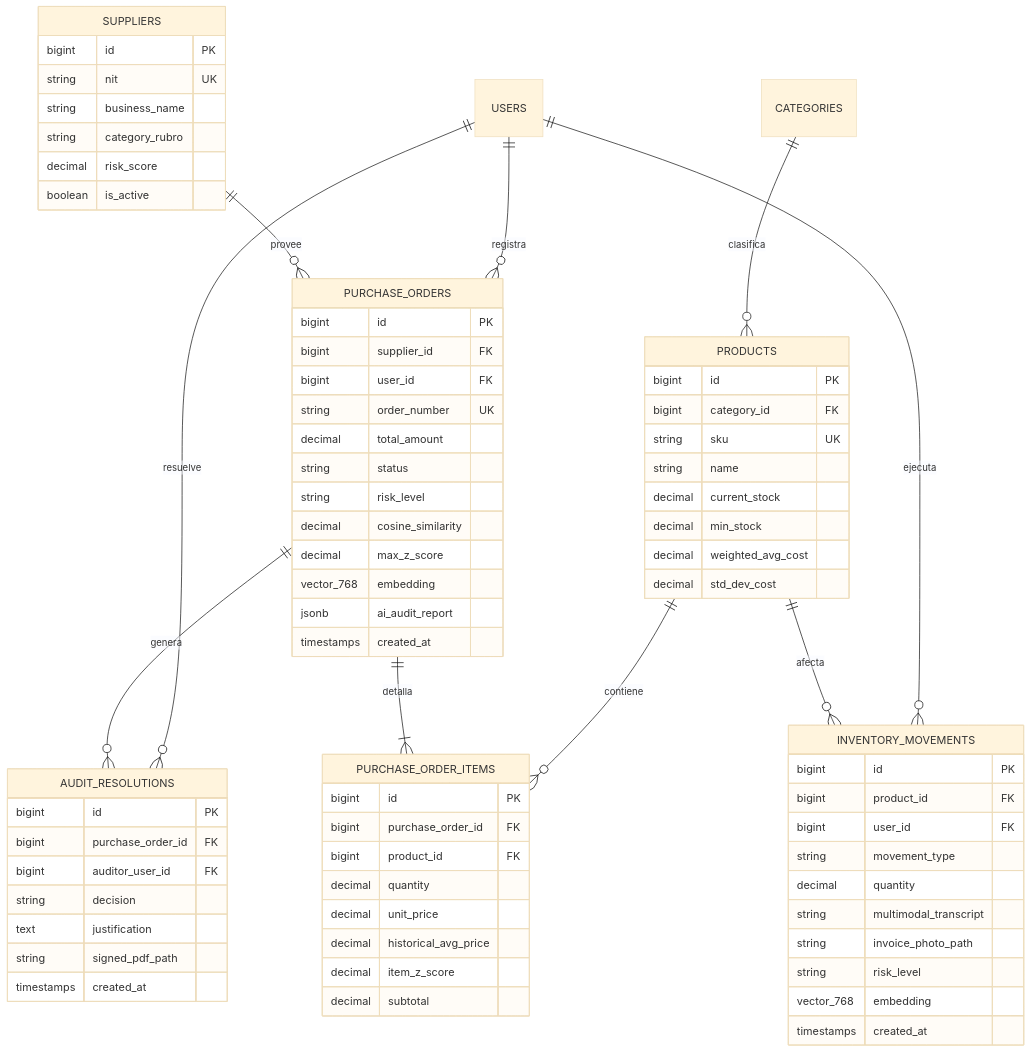
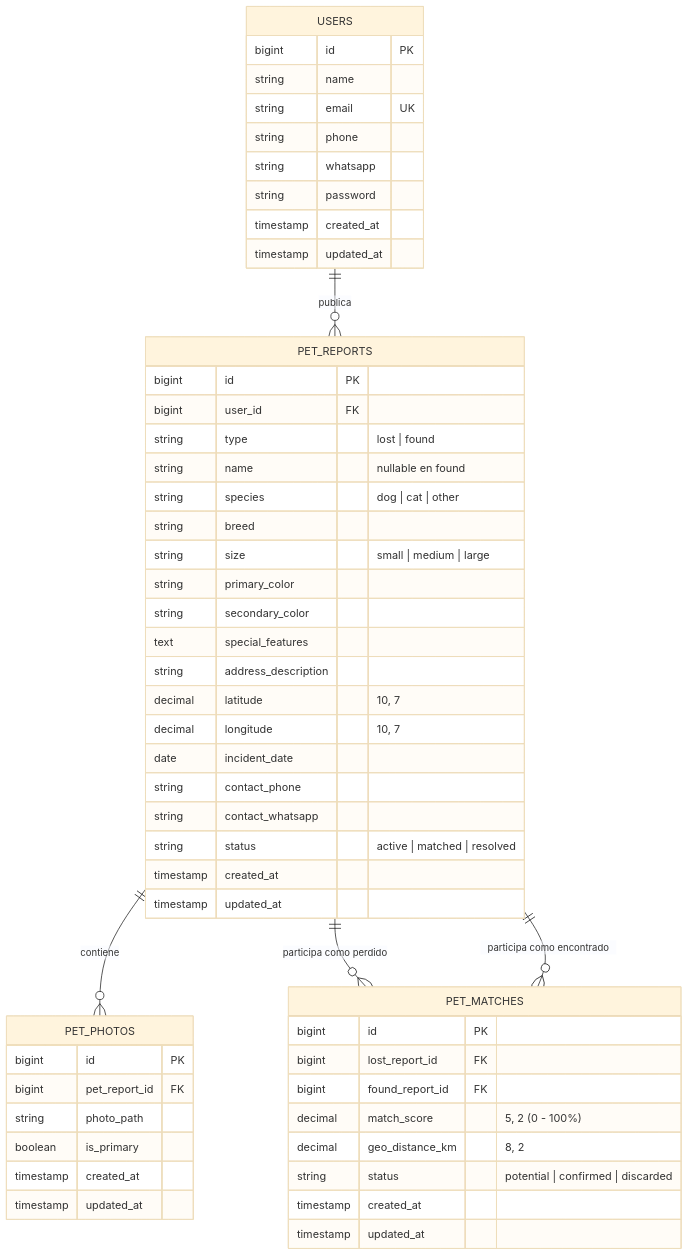
One commit to NattCrespoC/8vo changed the third of 3 diagrams in docs/02_ingenieria_de_software_y_casos_de_uso.md. Above: the diagram before and after it, drawn with Mermaid (base theme). The commit also changed other lines of this file and 53 other files, not shown here.

````diff
--- a/docs/02_ingenieria_de_software_y_casos_de_uso.md
+++ b/docs/02_ingenieria_de_software_y_casos_de_uso.md
@@ -120,81 +117,60 @@
 ```mermaid
 erDiagram
-    USERS ||--o{ PURCHASE_ORDERS : registra
-    USERS ||--o{ INVENTORY_MOVEMENTS : ejecuta
-    USERS ||--o{ AUDIT_RESOLUTIONS : resuelve
-    SUPPLIERS ||--o{ PURCHASE_ORDERS : provee
-    CATEGORIES ||--o{ PRODUCTS : clasifica
-    PRODUCTS ||--o{ PURCHASE_ORDER_ITEMS : contiene
-    PRODUCTS ||--o{ INVENTORY_MOVEMENTS : afecta
-    PURCHASE_ORDERS ||--|{ PURCHASE_ORDER_ITEMS : detalla
-    PURCHASE_ORDERS ||--o{ AUDIT_RESOLUTIONS : genera
+    USERS ||--o{ PET_REPORTS : "publica"
+    PET_REPORTS ||--o{ PET_PHOTOS : "contiene"
+    PET_REPORTS ||--o{ PET_MATCHES : "participa como perdido"
+    PET_REPORTS ||--o{ PET_MATCHES : "participa como encontrado"
 
-    SUPPLIERS {
+    USERS {
         bigint id PK
-        string nit UK
-        string business_name
-        string category_rubro
-        decimal risk_score
-        boolean is_active
+        string name
+        string email UK
+        string phone
+        string whatsapp
+        string password
+        timestamp created_at
+        timestamp updated_at
     }
 
-    PRODUCTS {
+    PET_REPORTS {
         bigint id PK
-        bigint category_id FK
-        string sku UK
-        string name
-        decimal current_stock
-        decimal min_stock
-        decimal weighted_avg_cost
-        decimal std_dev_cost
+        bigint user_id FK
+        string type "lost | found"
+        string name "nullable en found"
+        string species "dog | cat | other"
+        string breed
+        string size "small | medium | large"
+        string primary_color
+        string secondary_color
+        text special_features
+        string address_description
+        decimal latitude "10, 7"
+        decimal longitude "10, 7"
+        date incident_date
+        string contact_phone
+        string contact_whatsapp
+        string status "active | matched | resolved"
+        timestamp created_at
+        timestamp updated_at
     }
 
-    PURCHASE_ORDERS {
+    PET_PHOTOS {
         bigint id PK
-        bigint supplier_id FK
-        bigint user_id FK
-        string order_number UK
-        decimal total_amount
-        string status
-        string risk_level
-        decimal cosine_similarity
-        decimal max_z_score
-        vector_768 embedding
-        jsonb ai_audit_report
-        timestamps created_at
+        bigint pet_report_id FK
+        string photo_path
+        boolean is_primary
+        timestamp created_at
+        timestamp updated_at
     }
 
-    PURCHASE_ORDER_ITEMS {
+    PET_MATCHES {
         bigint id PK
-        bigint purchase_order_id FK
-        bigint product_id FK
-        decimal quantity
-        decimal unit_price
-        decimal historical_avg_price
-        decimal item_z_score
-        decimal subtotal
-    }
-
-    INVENTORY_MOVEMENTS {
-        bigint id PK
-        bigint product_id FK
-        bigint user_id FK
-        string movement_type
-        decimal quantity
-        string multimodal_transcript
-        string invoice_photo_path
-        string risk_level
-        vector_768 embedding
-        timestamps created_at
-    }
-
-    AUDIT_RESOLUTIONS {
-        bigint id PK
-        bigint purchase_order_id FK
-        bigint auditor_user_id FK
-        string decision
-        text justification
-        string signed_pdf_path
-        timestamps created_at
+        bigint lost_report_id FK
+        bigint found_report_id FK
+        decimal match_score "5, 2 (0 - 100%)"
+        decimal geo_distance_km "8, 2"
+        string status "potential | confirmed | discarded"
+        timestamp created_at
+        timestamp updated_at
     }
 ```
````
